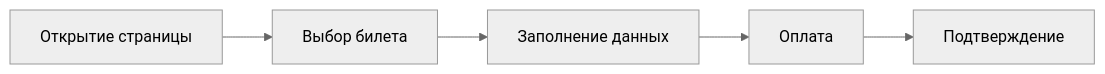
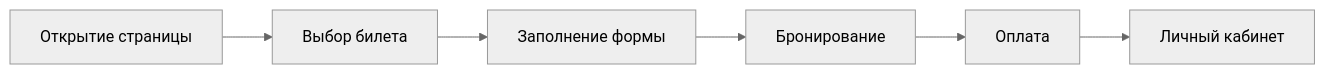
The third of 9 diagrams in docs/business/user-journeys.md (egorov-ma/aqstream), drawn with Mermaid (neutral theme) before and after one commit. The commit also changed other lines of this file and 47 other files, not shown here.

````diff
--- a/docs/business/user-journeys.md
+++ b/docs/business/user-journeys.md
@@ -86,7 +116,8 @@
 ```mermaid
 flowchart LR
     A["Открытие страницы"] --> B["Выбор билета"]
-    B --> C["Заполнение данных"]
-    C --> D["Оплата"]
-    D --> E["Подтверждение"]
+    B --> C["Заполнение формы"]
+    C --> D["Бронирование"]
+    D --> E["Оплата"]
+    E --> F["Личный кабинет"]
 ```
````
